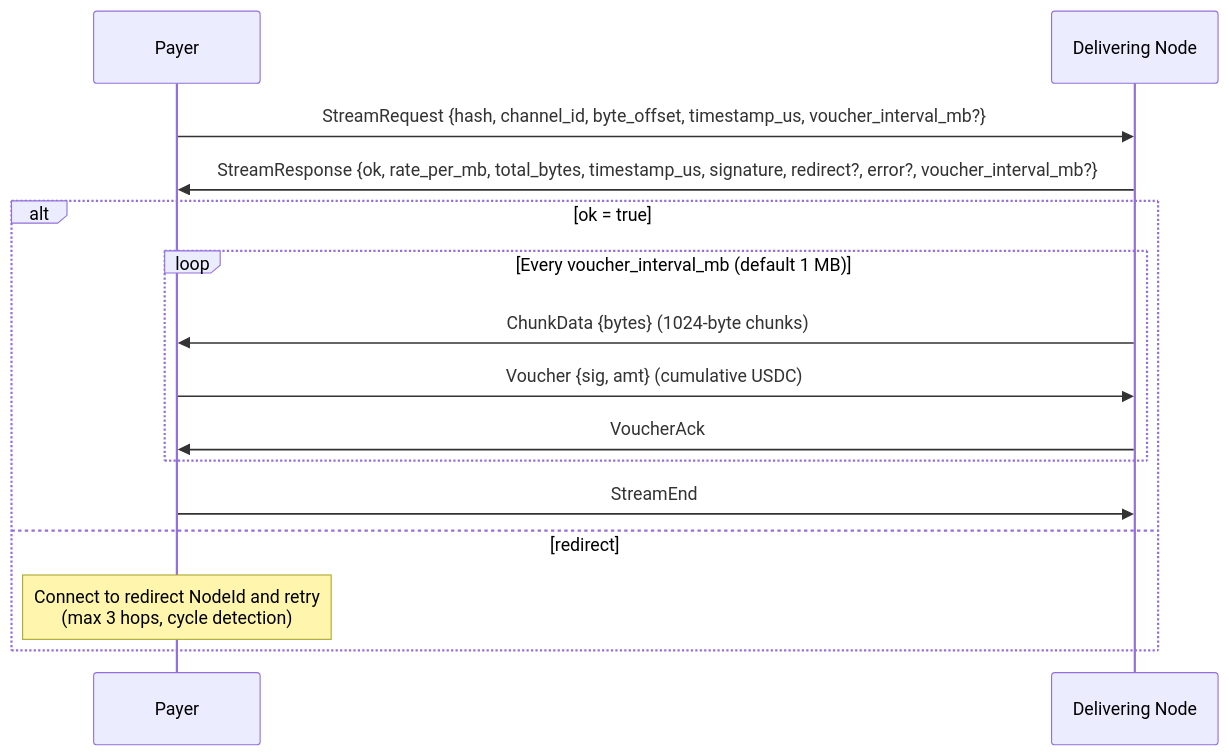
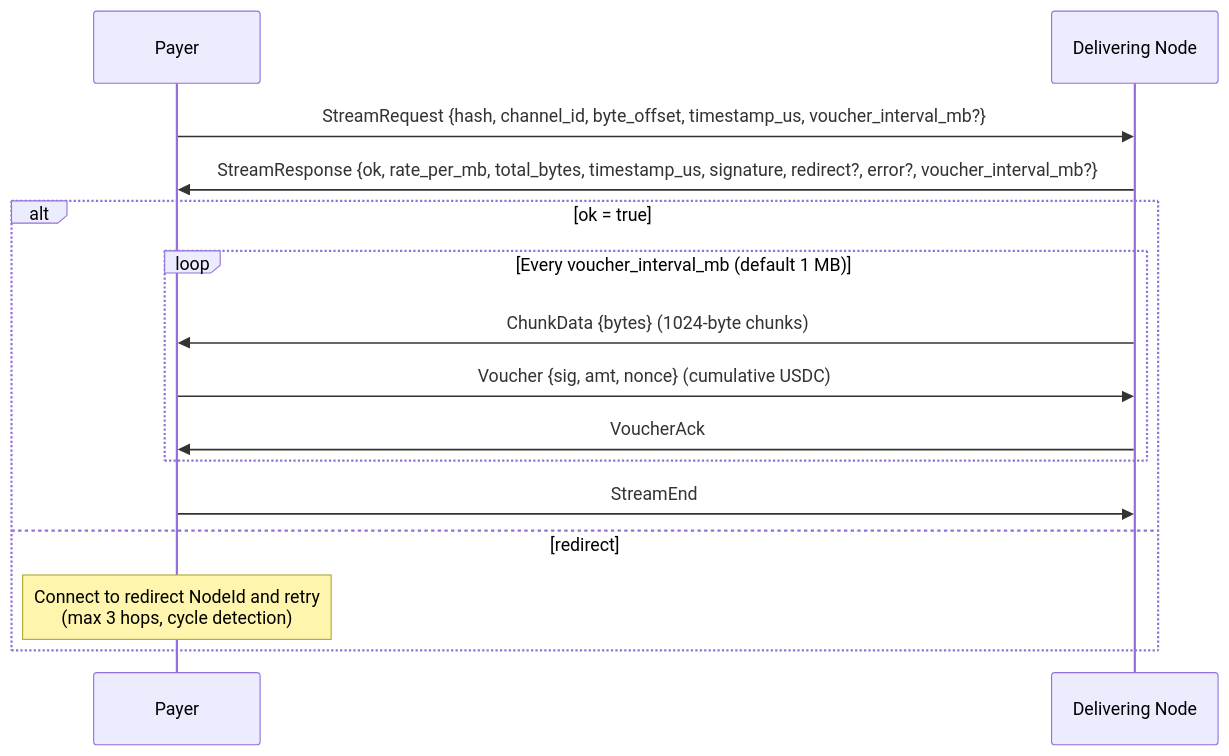
Before and after one commit to decdn/decdn: the second of 4 diagrams in adr/005-protocol.md, drawn with Mermaid. The commit also changed other lines of this file and 1 other file, not shown here.

First line of the commit message:
docs: add explicit nonce to voucher wire format (#160)

````diff
--- a/adr/005-protocol.md
+++ b/adr/005-protocol.md
@@ -87,19 +87,19 @@
 ```mermaid
 sequenceDiagram
     participant P as Payer
     participant D as Delivering Node
 
     P->>D: StreamRequest {hash, channel_id, byte_offset, timestamp_us, voucher_interval_mb?}
     D->>P: StreamResponse {ok, rate_per_mb, total_bytes, timestamp_us, signature, redirect?, error?, voucher_interval_mb?}
 
     alt ok = true
         loop Every voucher_interval_mb (default 1 MB)
             D->>P: ChunkData {bytes} (1024-byte chunks)
-            P->>D: Voucher {sig, amt} (cumulative USDC)
+            P->>D: Voucher {sig, amt, nonce} (cumulative USDC)
             D->>P: VoucherAck
         end
         P->>D: StreamEnd
     else redirect
         Note over P: Connect to redirect NodeId and retry<br/>(max 3 hops, cycle detection)
     end
 ```
````
